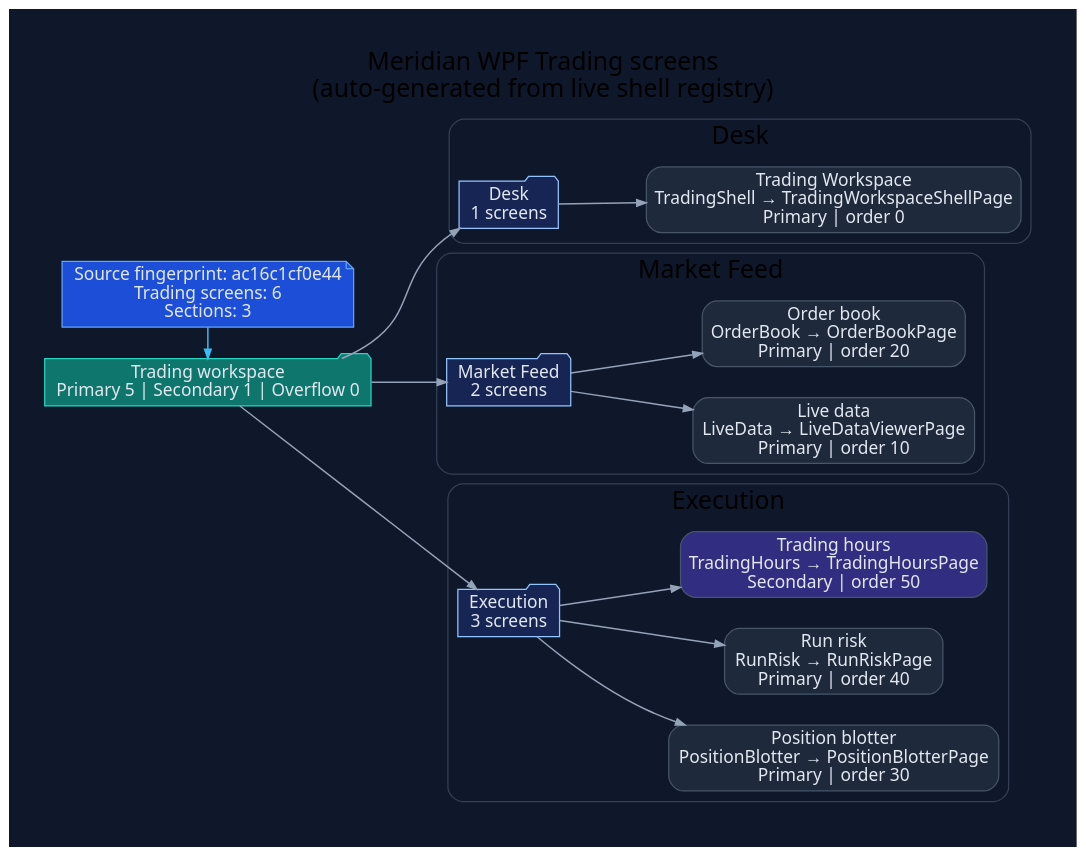
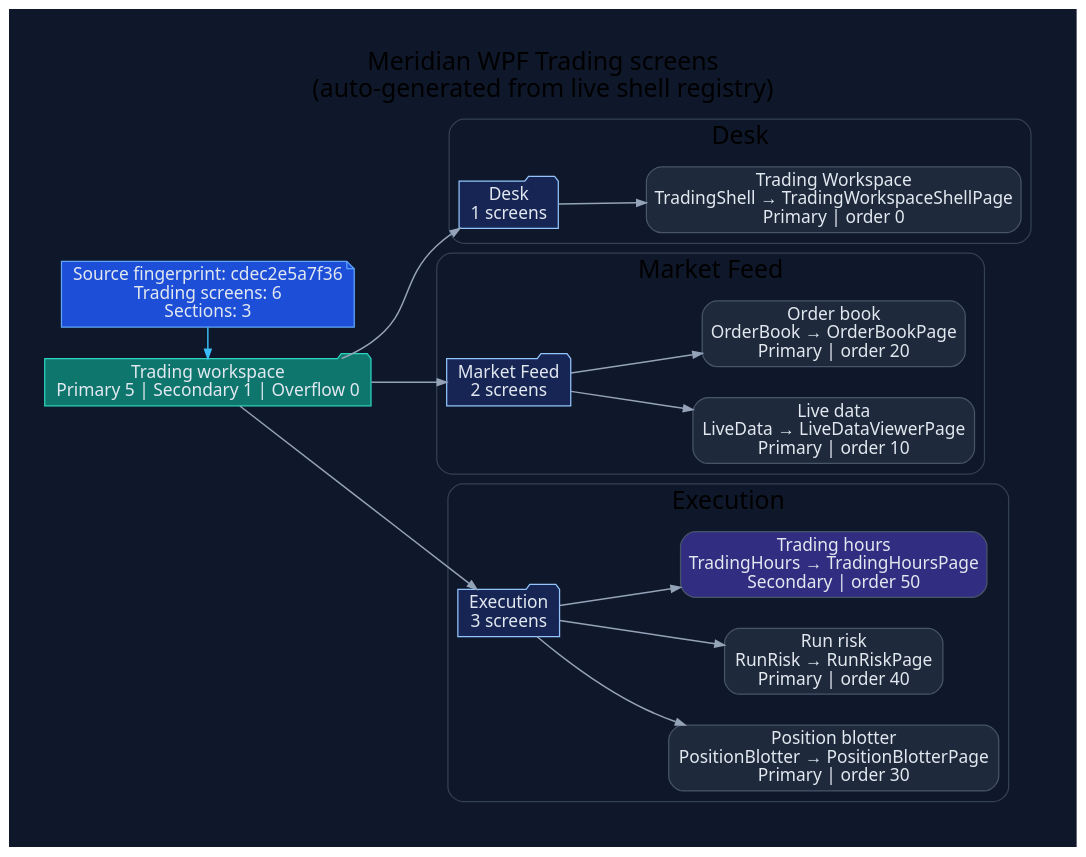
Before and after one commit to rodoHasArrived/Meridian-main: the diagram in docs/diagrams/ui/ui-wpf-screens-trading.dot, drawn with Graphviz. The commit also changed 50 other files, not shown here.

Commit message:
Refresh generated architecture docs and fix canonical WPF test contract

```diff
--- a/docs/diagrams/ui/ui-wpf-screens-trading.dot
+++ b/docs/diagrams/ui/ui-wpf-screens-trading.dot
@@ -1,62 +1,62 @@
 // -----------------------------------------------------------------------------
 // <auto-generated>
 // Generated by scripts/generate-diagrams.mjs.
 // Do not edit this file directly; update the WPF source files instead.
 // -----------------------------------------------------------------------------
 digraph WpfTradingScreens {
   graph [
     rankdir=LR,
     labelloc=t,
     label="Meridian WPF Trading screens\n(auto-generated from live shell registry)",
     fontname="Segoe UI",
     fontsize=20,
     pad=0.4,
     nodesep=0.35,
     ranksep=0.85,
     bgcolor="#0f172a"
   ];
   node [fontname="Segoe UI", shape=box, style="rounded,filled", color="#475569", fontcolor="#e2e8f0", fillcolor="#1e293b"];
   edge [fontname="Segoe UI", color="#94a3b8", penwidth=1.2, arrowsize=0.75];
 
-  generated [shape=note, fillcolor="#1d4ed8", color="#60a5fa", label="Source fingerprint: ac16c1cf0e44\nTrading screens: 6\nSections: 3"];
+  generated [shape=note, fillcolor="#1d4ed8", color="#60a5fa", label="Source fingerprint: cdec2e5a7f36\nTrading screens: 6\nSections: 3"];
   workspace [shape=folder, fillcolor="#0f766e", color="#2dd4bf", label="Trading workspace\nPrimary 5 | Secondary 1 | Overflow 0"];
   generated -> workspace [color="#38bdf8"];
 
   subgraph cluster_section_1 {
     label="Desk";
     color="#334155";
     style="rounded";
     section_1 [shape=folder, fillcolor="#172554", color="#93c5fd", label="Desk\n1 screens"];
     workspace -> section_1;
     screen_TradingShell [fillcolor="#1e293b", label="Trading Workspace\nTradingShell → TradingWorkspaceShellPage\nPrimary | order 0"];
     section_1 -> screen_TradingShell;
   }
 
   subgraph cluster_section_2 {
     label="Market Feed";
     color="#334155";
     style="rounded";
     section_2 [shape=folder, fillcolor="#172554", color="#93c5fd", label="Market Feed\n2 screens"];
     workspace -> section_2;
     screen_LiveData [fillcolor="#1e293b", label="Live data\nLiveData → LiveDataViewerPage\nPrimary | order 10"];
     section_2 -> screen_LiveData;
     screen_OrderBook [fillcolor="#1e293b", label="Order book\nOrderBook → OrderBookPage\nPrimary | order 20"];
     section_2 -> screen_OrderBook;
   }
 
   subgraph cluster_section_3 {
     label="Execution";
     color="#334155";
     style="rounded";
     section_3 [shape=folder, fillcolor="#172554", color="#93c5fd", label="Execution\n3 screens"];
     workspace -> section_3;
     screen_PositionBlotter [fillcolor="#1e293b", label="Position blotter\nPositionBlotter → PositionBlotterPage\nPrimary | order 30"];
     section_3 -> screen_PositionBlotter;
     screen_RunRisk [fillcolor="#1e293b", label="Run risk\nRunRisk → RunRiskPage\nPrimary | order 40"];
     section_3 -> screen_RunRisk;
     screen_TradingHours [fillcolor="#312e81", label="Trading hours\nTradingHours → TradingHoursPage\nSecondary | order 50"];
     section_3 -> screen_TradingHours;
   }
 
   { rank=min; generated; workspace; }
 }
```
